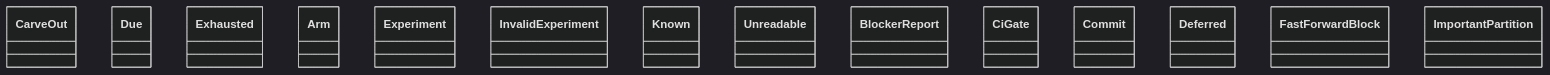
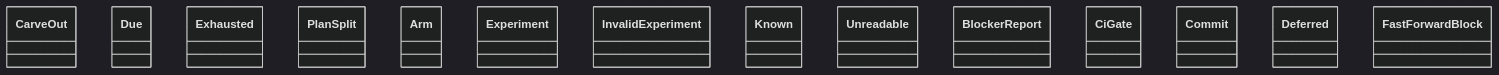
Before and after one commit to GonzaloZevallos/agentic-system: the diagram in docs/architecture/generated/classes-process-domain-state-1.md, drawn with Mermaid (dark theme). The commit also changed 9 other files, not shown here.

Commit message:
Regenerate the architecture docs for DrawingEscalation.stage and the plan resume

````diff
--- a/docs/architecture/generated/classes-process-domain-state-1.md
+++ b/docs/architecture/generated/classes-process-domain-state-1.md
@@ -30,17 +30,17 @@
 ```mermaid
 classDiagram
     class carve_out__CarveOut["CarveOut"]
     class drawing_answer__Due["Due"]
     class drawing_answer__Exhausted["Exhausted"]
+    class drawing_answer__PlanSplit["PlanSplit"]
     class experiment__Arm["Arm"]
     class experiment__Experiment["Experiment"]
     class experiment__InvalidExperiment["InvalidExperiment"]
     class lead_time__Known["Known"]
     class lead_time__Unreadable["Unreadable"]
     class rules__BlockerReport["BlockerReport"]
     class rules__CiGate["CiGate"]
     class rules__Commit["Commit"]
     class rules__Deferred["Deferred"]
     class rules__FastForwardBlock["FastForwardBlock"]
-    class rules__ImportantPartition["ImportantPartition"]
 ```
````
